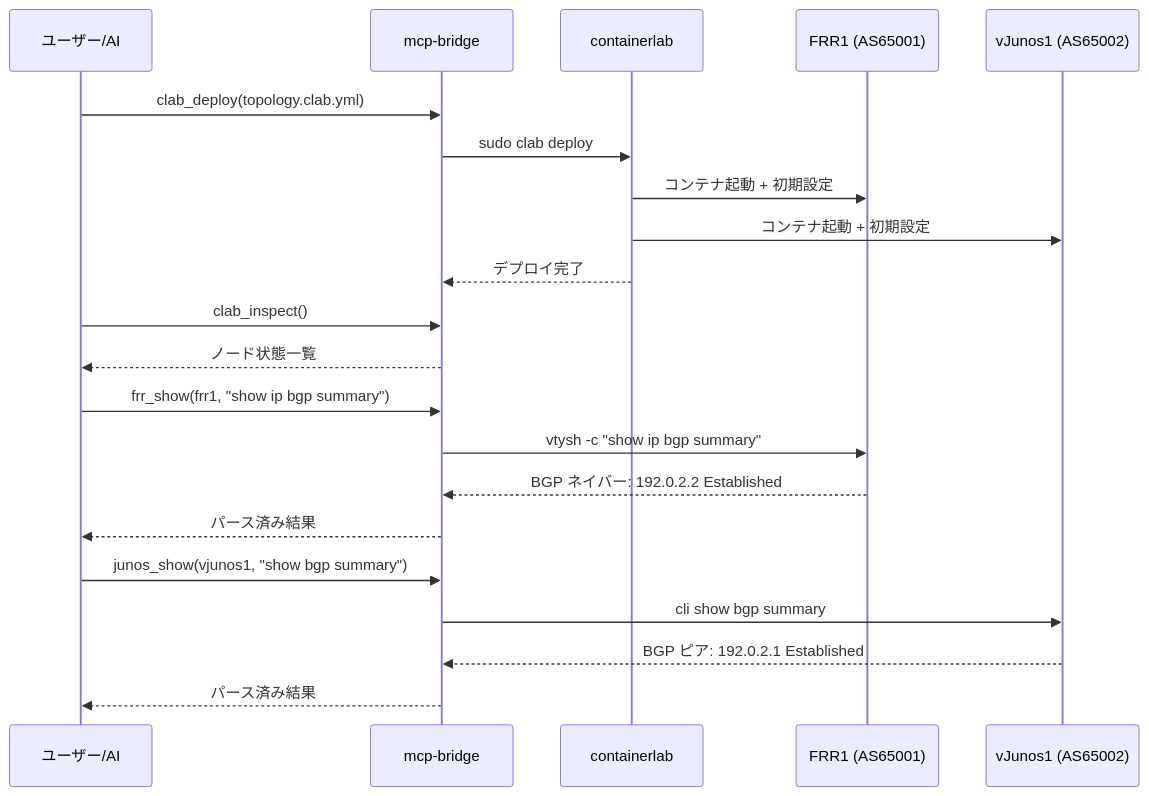
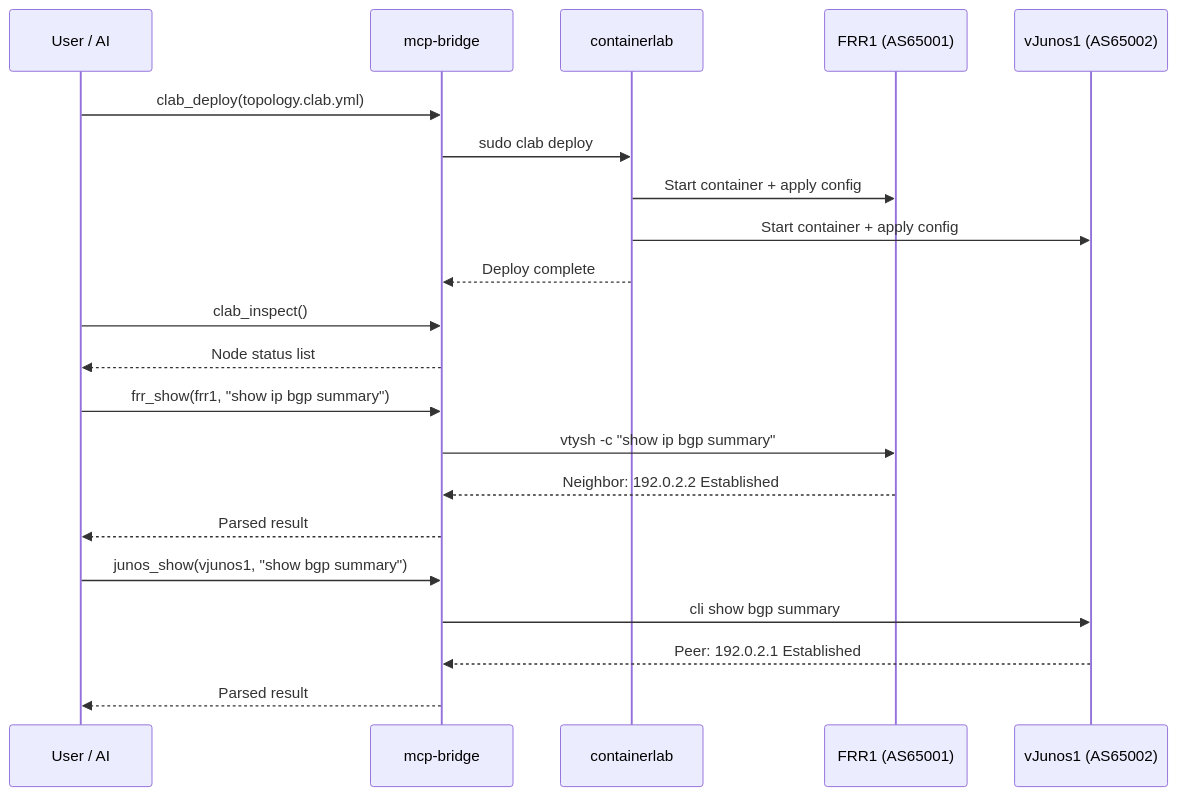
The diagram in samples/01_deploy_and_verify/README.md (nkchan/clab-ai-orchestrator), drawn with Mermaid before and after one commit. The commit also changed other lines of this file and 15 other files, not shown here.

First line of the commit message:
docs: convert all documentation to English, generalize README architecture

````diff
--- a/samples/01_deploy_and_verify/README.md
+++ b/samples/01_deploy_and_verify/README.md
@@ -7,27 +7,27 @@
 ```mermaid
 sequenceDiagram
-    participant User as ユーザー/AI
+    participant User as User / AI
     participant MCP as mcp-bridge
     participant Clab as containerlab
     participant FRR as FRR1 (AS65001)
     participant Junos as vJunos1 (AS65002)
 
     User->>MCP: clab_deploy(topology.clab.yml)
     MCP->>Clab: sudo clab deploy
-    Clab->>FRR: コンテナ起動 + 初期設定
-    Clab->>Junos: コンテナ起動 + 初期設定
-    Clab-->>MCP: デプロイ完了
+    Clab->>FRR: Start container + apply config
+    Clab->>Junos: Start container + apply config
+    Clab-->>MCP: Deploy complete
 
     User->>MCP: clab_inspect()
-    MCP-->>User: ノード状態一覧
+    MCP-->>User: Node status list
 
     User->>MCP: frr_show(frr1, "show ip bgp summary")
     MCP->>FRR: vtysh -c "show ip bgp summary"
-    FRR-->>MCP: BGP ネイバー: 192.0.2.2 Established
-    MCP-->>User: パース済み結果
+    FRR-->>MCP: Neighbor: 192.0.2.2 Established
+    MCP-->>User: Parsed result
 
     User->>MCP: junos_show(vjunos1, "show bgp summary")
     MCP->>Junos: cli show bgp summary
-    Junos-->>MCP: BGP ピア: 192.0.2.1 Established
-    MCP-->>User: パース済み結果
+    Junos-->>MCP: Peer: 192.0.2.1 Established
+    MCP-->>User: Parsed result
 ```
````
